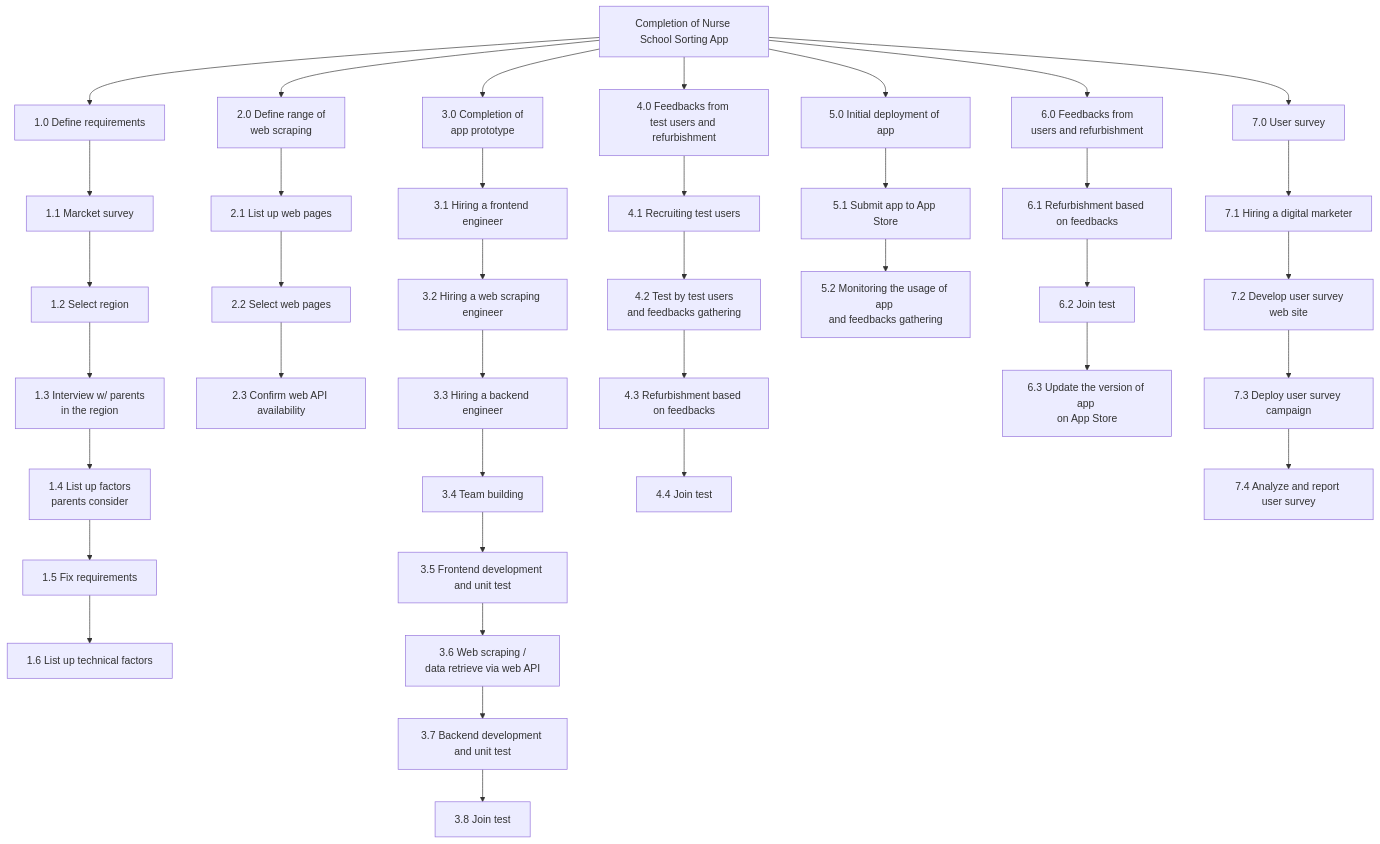
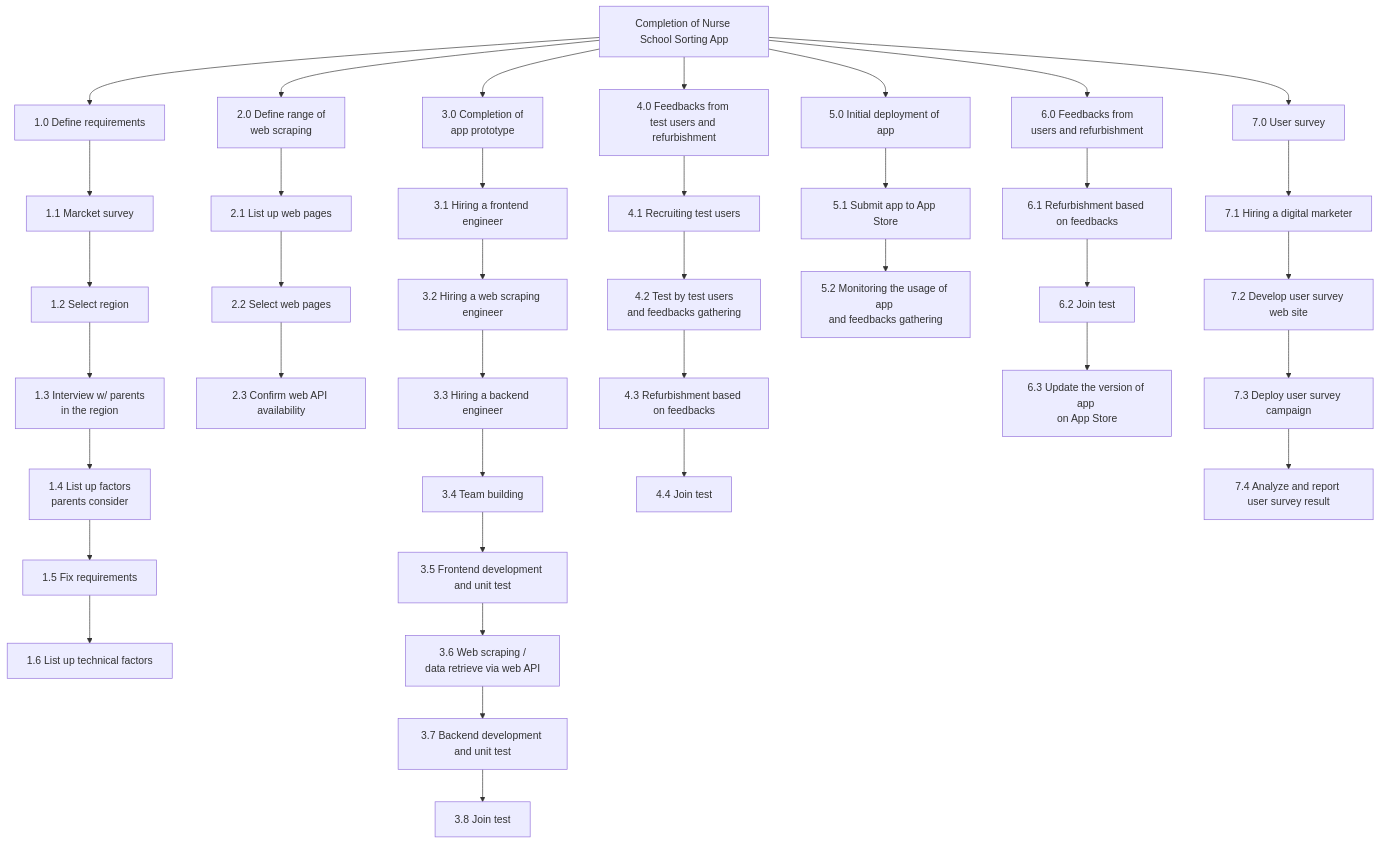
The second of 3 diagrams in README.md (riow1983/Coursera-PMP), drawn with Mermaid before and after one commit. The commit also changed other lines of this file, not shown here.

Commit message:
[Update] sequence table added

````diff
--- a/README.md
+++ b/README.md
@@ -73,80 +73,80 @@
 ```mermaid
 graph TB
   H[Completion of Nurse School Sorting App]
 
   AM[1.0 Define requirements]
   A1[1.1 Marcket survey]
   A2[1.2 Select region]
   A3[1.3 Interview w/ parents \nin the region]
   A4[1.4 List up factors \nparents consider]
   A5[1.5 Fix requirements]
   A6[1.6 List up technical factors]
   
   BM[2.0 Define range of \nweb scraping]
   B1[2.1 List up web pages]
   B2[2.2 Select web pages]
   B3[2.3 Confirm web API availability]
   
   CM[3.0 Completion of \napp prototype]
   C1[3.1 Hiring a frontend engineer]
   C2[3.2 Hiring a web scraping engineer]
   C3[3.3 Hiring a backend engineer]
   C4[3.4 Team building]
   C5[3.5 Frontend development and unit test]
   C6[3.6 Web scraping /\ndata retrieve via web API]
   C7[3.7 Backend development and unit test]
   C8[3.8 Join test]
   
   DM[4.0 Feedbacks from \ntest users and refurbishment]
   D1[4.1 Recruiting test users]
   D2[4.2 Test by test users \nand feedbacks gathering]
   D3[4.3 Refurbishment based on feedbacks]
   D4[4.4 Join test]
 
   EM[5.0 Initial deployment of app]
   E1[5.1 Submit app to App Store]
   E2[5.2 Monitoring the usage of app \nand feedbacks gathering]
   
   FM[6.0 Feedbacks from \nusers and refurbishment]
   F1[6.1 Refurbishment based on feedbacks]
   F2[6.2 Join test]
   F3[6.3 Update the version of app \non App Store]
 
   GM[7.0 User survey]
   G1[7.1 Hiring a digital marketer]
   G2[7.2 Develop user survey web site]
   G3[7.3 Deploy user survey campaign]
-  G4[7.4 Analyze and report user survey]
+  G4[7.4 Analyze and report user survey result]
 
   H --> AM & BM & CM & DM & EM & FM & GM
   AM --> A1
   A1 --> A2
   A2 --> A3
   A3 --> A4
   A4 --> A5
   A5 --> A6
   BM --> B1
   B1 --> B2
   B2 --> B3
   CM --> C1
   C1 --> C2
   C2 --> C3
   C3 --> C4
   C4 --> C5
   C5 --> C6
   C6 --> C7
   C7 --> C8
   DM --> D1
   D1 --> D2
   D2 --> D3
   D3 --> D4
   EM --> E1
   E1 --> E2
   FM --> F1
   F1 --> F2
   F2 --> F3
   GM --> G1
   G1 --> G2
   G2 --> G3
   G3 --> G4
 ```
````
